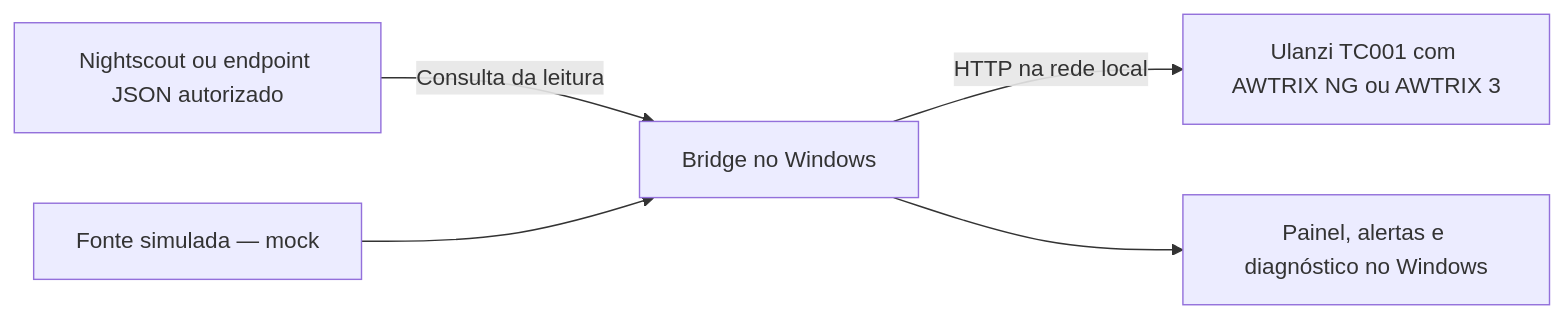
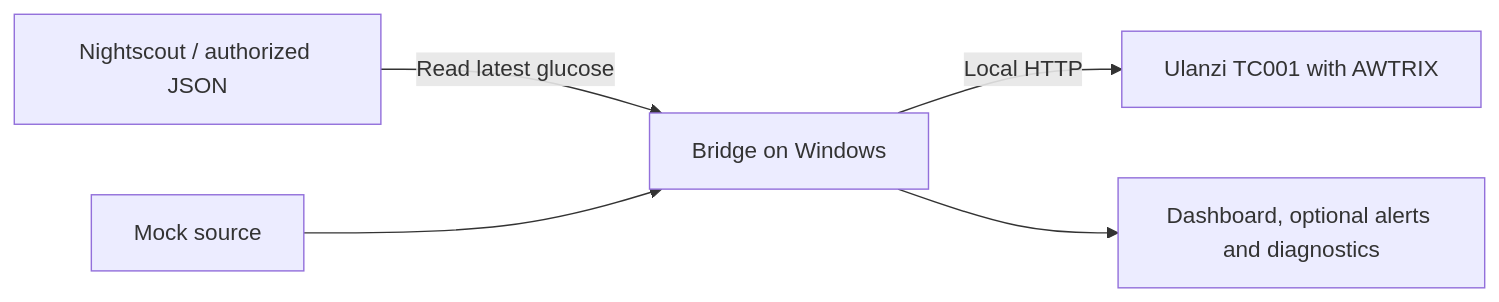
One commit to Ptraskus/ulanzi-glucose-bridge changed the diagram in README.md. Above: the diagram before and after it, drawn with Mermaid. The commit also changed other lines of this file and 77 other files, not shown here.

First line of the commit message:
feat: add English default, glucose units and simpler Windows setup

````diff
--- a/README.md
+++ b/README.md
@@ -44,7 +68,7 @@
 ```mermaid
 flowchart LR
-    A["Nightscout ou endpoint JSON autorizado"] -->|"Consulta da leitura"| B["Bridge no Windows"]
-    M["Fonte simulada — mock"] --> B
-    B -->|"HTTP na rede local"| C["Ulanzi TC001 com AWTRIX NG ou AWTRIX 3"]
-    B --> D["Painel, alertas e diagnóstico no Windows"]
+    A["Nightscout / authorized JSON"] -->|"Read latest glucose"| B["Bridge on Windows"]
+    M["Mock source"] --> B
+    B -->|"Local HTTP"| C["Ulanzi TC001 with AWTRIX"]
+    B --> D["Dashboard, optional alerts and diagnostics"]
 ```
````
